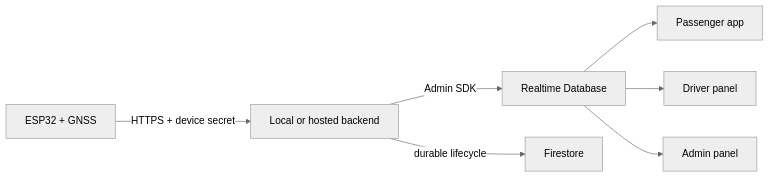
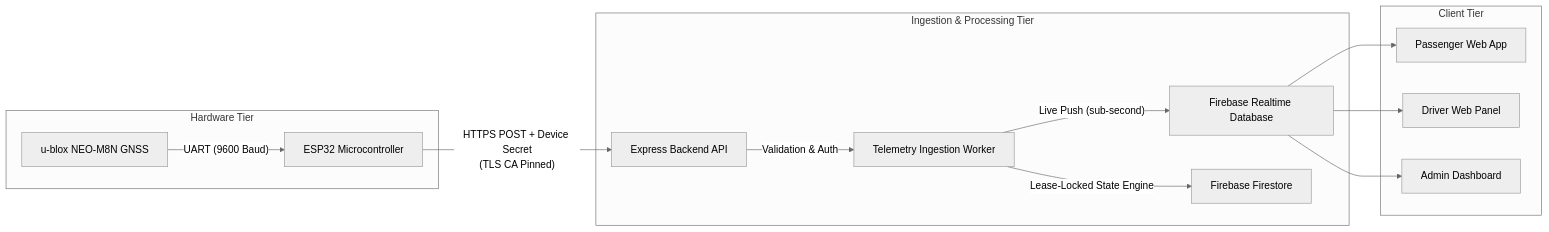
The first of 2 diagrams in README.md (notnamansinha/Eki), drawn with Mermaid (neutral theme) before and after one commit. The commit also changed other lines of this file, not shown here.

Commit message:
docs: update system architecture and hardware specification readme

````diff
--- a/README.md
+++ b/README.md
@@ -10,9 +11,19 @@
 ```mermaid
 flowchart LR
-  ESP["ESP32 + GNSS"] -->|"HTTPS + device secret"| API["Local or hosted backend"]
-  API -->|"Admin SDK"| RTDB["Realtime Database"]
-  API -->|"durable lifecycle"| FS["Firestore"]
-  RTDB --> P["Passenger app"]
-  RTDB --> D["Driver panel"]
-  RTDB --> A["Admin panel"]
+  subgraph Hardware Tier
+    NEO["u-blox NEO-M8N GNSS"] -->|"UART (9600 Baud)"| ESP["ESP32 Microcontroller"]
+  end
+
+  subgraph Ingestion & Processing Tier
+    ESP -->|"HTTPS POST + Device Secret\n(TLS CA Pinned)"| API["Express Backend API"]
+    API -->|"Validation & Auth"| INGEST["Telemetry Ingestion Worker"]
+    INGEST -->|"Live Push (sub-second)"| RTDB["Firebase Realtime Database"]
+    INGEST -->|"Lease-Locked State Engine"| FS["Firebase Firestore"]
+  end
+
+  subgraph Client Tier
+    RTDB --> P["Passenger Web App"]
+    RTDB --> D["Driver Web Panel"]
+    RTDB --> A["Admin Dashboard"]
+  end
 ```
````
